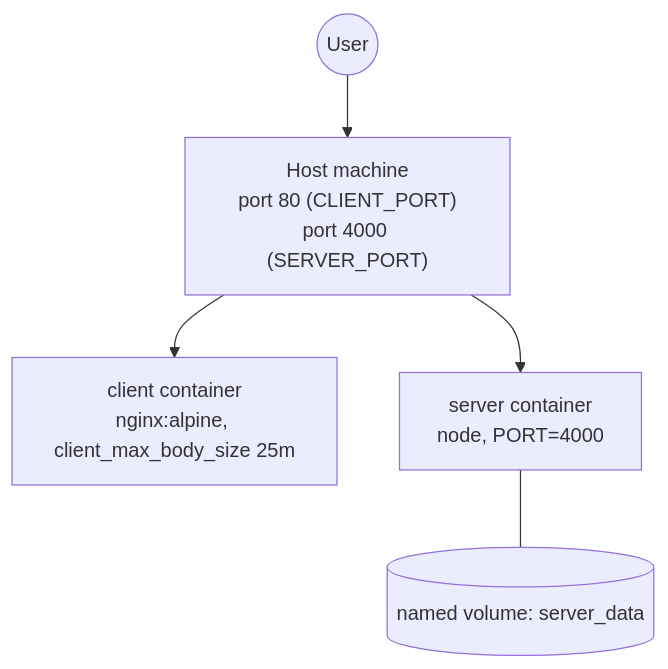
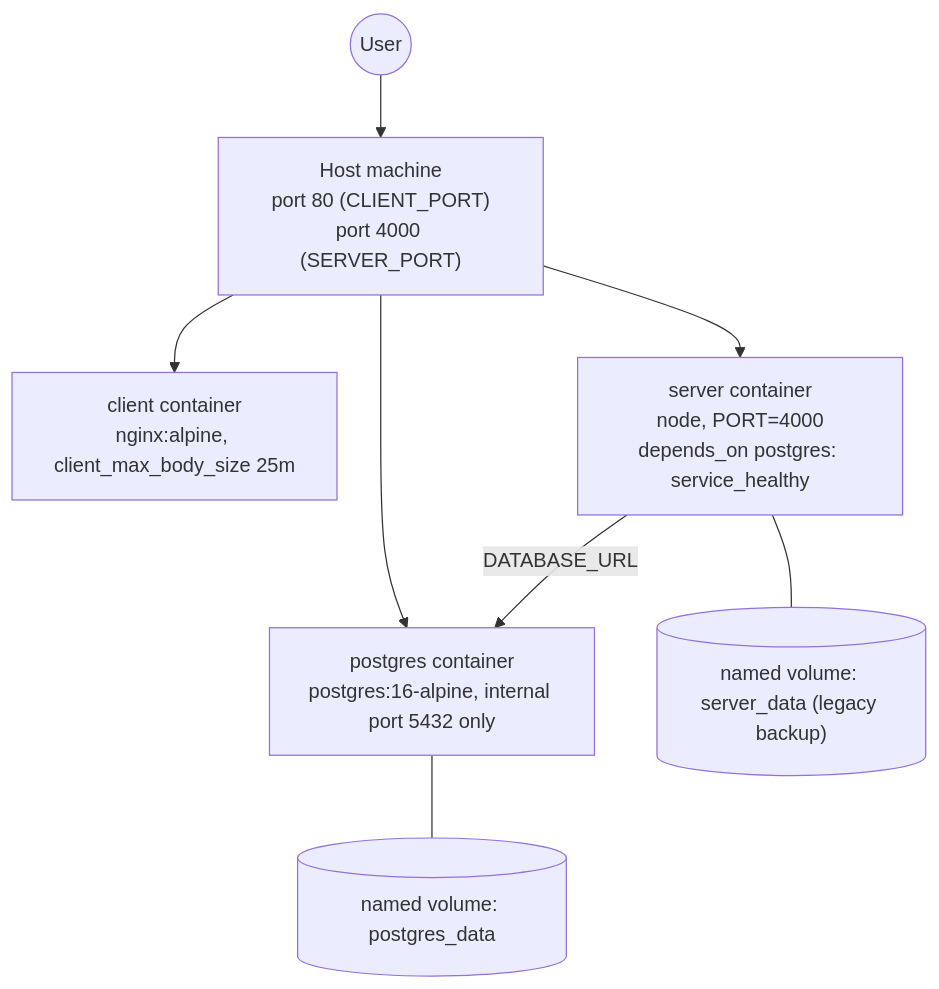
The second of 9 diagrams in docs/ARCHITECTURE.md (phonevilleofficial2025/stock-predictor), drawn with Mermaid before and after one commit. The commit also changed other lines of this file and 33 other files, not shown here.

````diff
--- a/docs/ARCHITECTURE.md
+++ b/docs/ARCHITECTURE.md
@@ -22,7 +24,10 @@
 ```mermaid
 flowchart TB
   user(("User")) --> host["Host machine<br/>port 80 (CLIENT_PORT)<br/>port 4000 (SERVER_PORT)"]
   host --> c1["client container<br/>nginx:alpine, client_max_body_size 25m"]
-  host --> c2["server container<br/>node, PORT=4000"]
-  c2 --- v[("named volume: server_data")]
+  host --> c2["server container<br/>node, PORT=4000<br/>depends_on postgres: service_healthy"]
+  host --> c3["postgres container<br/>postgres:16-alpine, internal port 5432 only"]
+  c2 -- "DATABASE_URL" --> c3
+  c3 --- v1[("named volume: postgres_data")]
+  c2 --- v2[("named volume: server_data (legacy backup)")]
 ```
````
